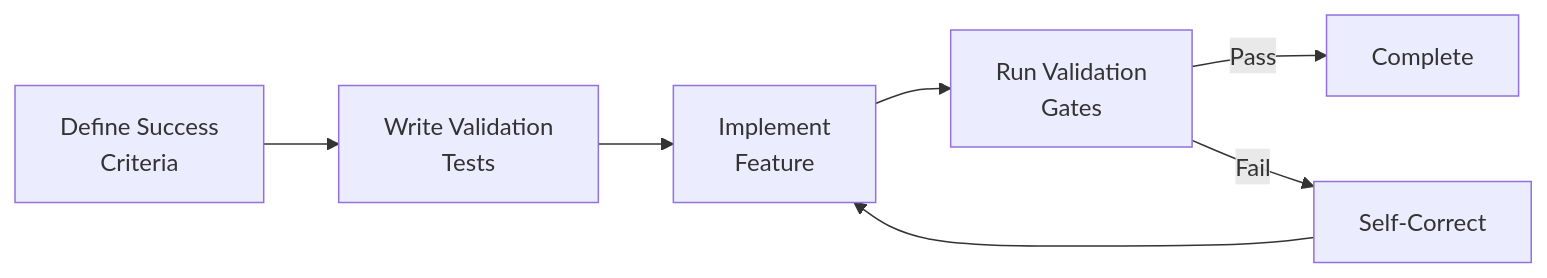
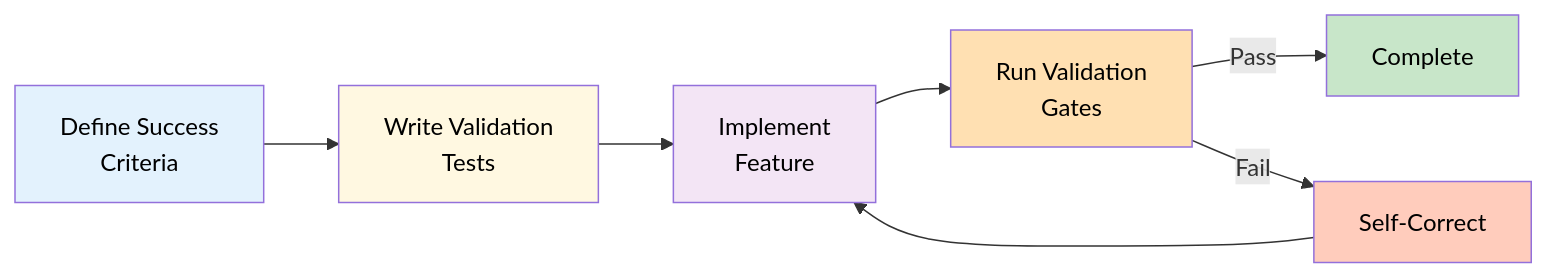
The fourth of 8 diagrams in docs/02-context-engineering-foundations.md (bprzybys-nc/ctx-eng-plus), drawn with Mermaid before and after one commit. The commit also changed other lines of this file and 8 other files, not shown here.

````diff
--- a/docs/02-context-engineering-foundations.md
+++ b/docs/02-context-engineering-foundations.md
@@ -417,9 +429,16 @@
 ```mermaid
 graph LR
     A["Define Success<br/>Criteria"] --> B["Write Validation<br/>Tests"]
     B --> C["Implement<br/>Feature"]
     C --> D["Run Validation<br/>Gates"]
     D -->|Pass| E["Complete"]
     D -->|Fail| F["Self-Correct"]
     F --> C
+
+    style A fill:#e3f2fd,color:#000
+    style B fill:#fff8e1,color:#000
+    style C fill:#f3e5f5,color:#000
+    style D fill:#ffe0b2,color:#000
+    style E fill:#c8e6c9,color:#000
+    style F fill:#ffccbc,color:#000
 ```
````
